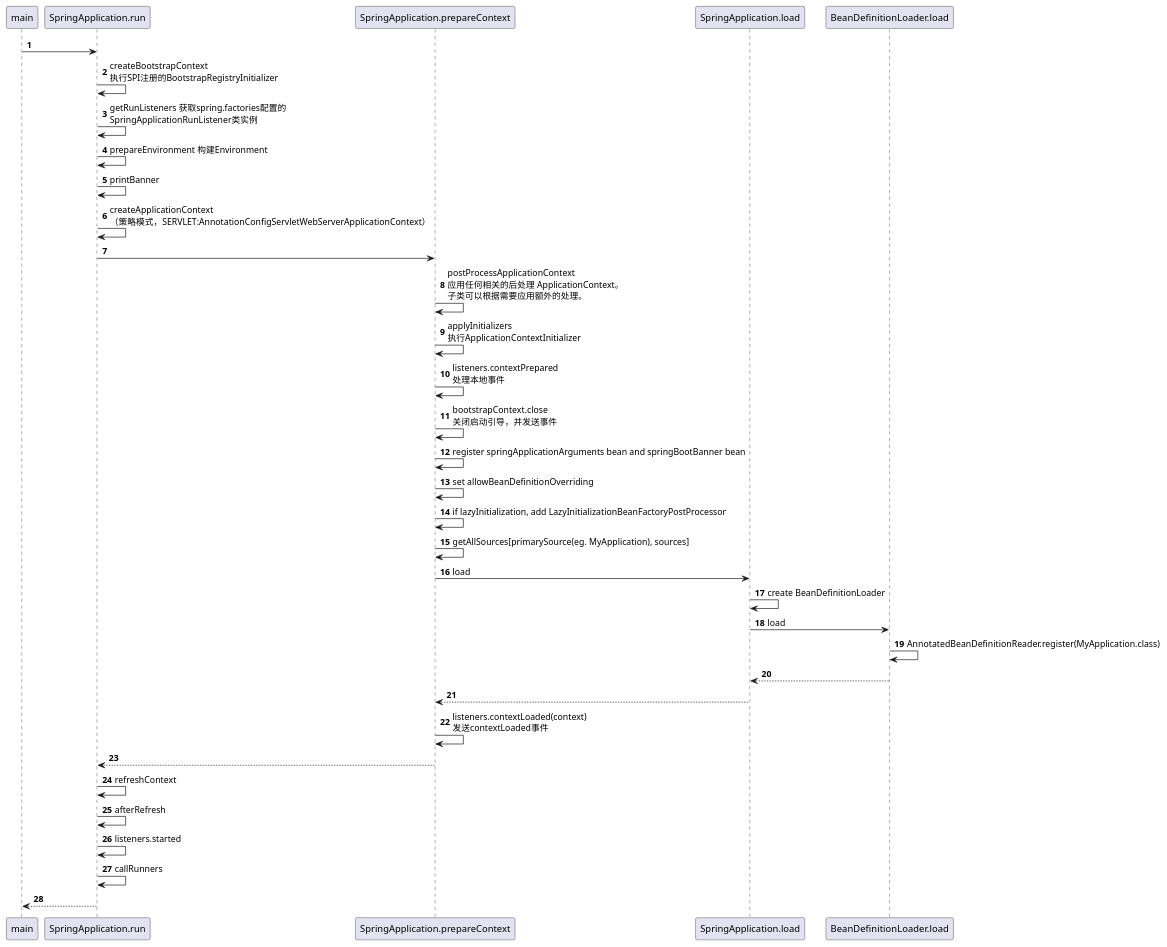
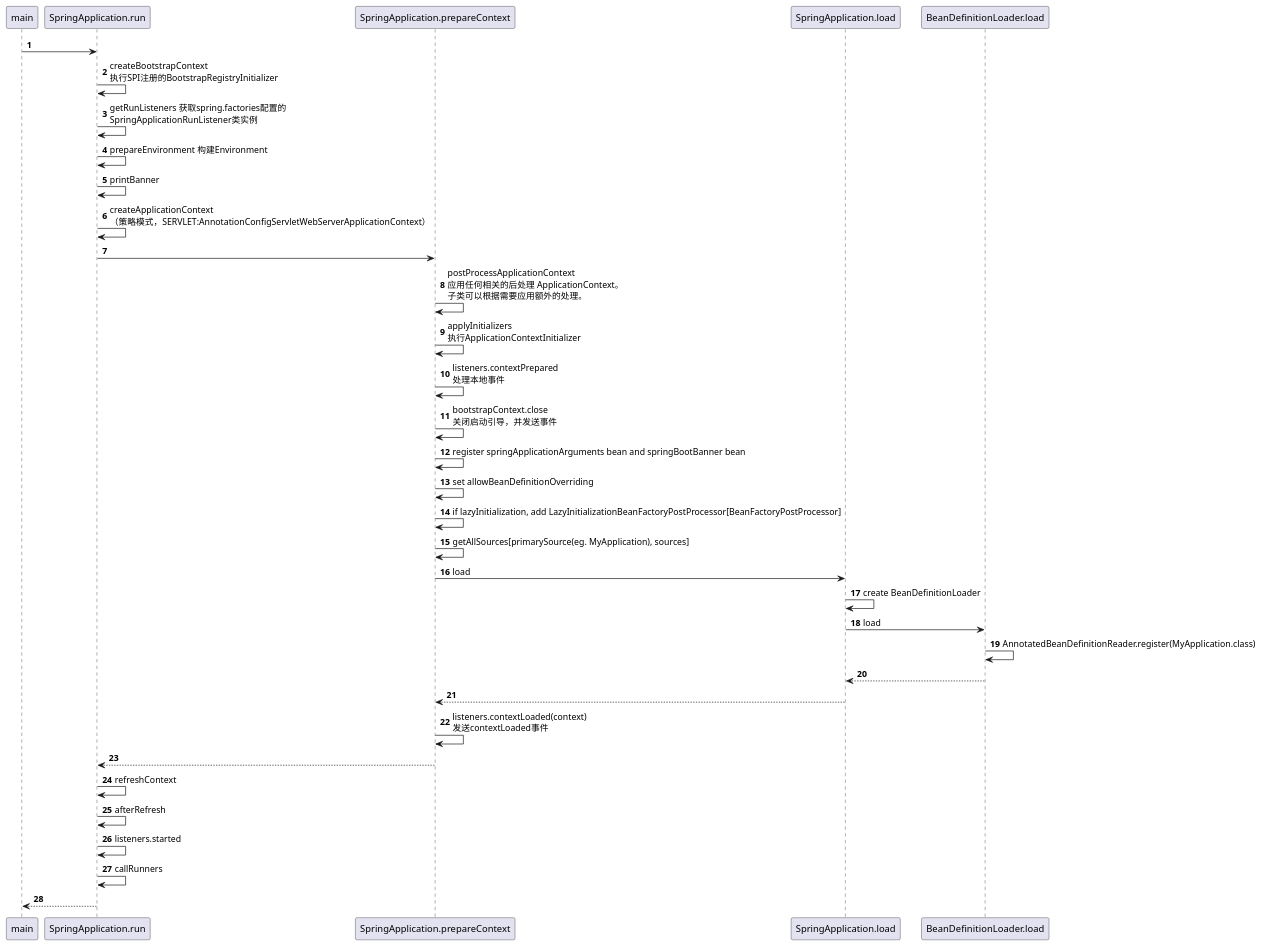
The diagram in design/spring/Starter 2 Prepare Application Context.puml (walklown/daily-code), drawn with PlantUML before and after one commit. The commit also changed 10 other files, not shown here.

Commit message:
增加BeanFactoryPostProcessor处理

```diff
--- a/design/spring/Starter 2 Prepare Application Context.puml
+++ b/design/spring/Starter 2 Prepare Application Context.puml
@@ -1,35 +1,35 @@
 @startuml
 'https://plantuml.com/sequence-diagram
 
 autonumber
 
 main -> SpringApplication.run
 SpringApplication.run -> SpringApplication.run : createBootstrapContext\n执行SPI注册的BootstrapRegistryInitializer
 SpringApplication.run -> SpringApplication.run : getRunListeners 获取spring.factories配置的\nSpringApplicationRunListener类实例
 SpringApplication.run -> SpringApplication.run : prepareEnvironment 构建Environment
 SpringApplication.run -> SpringApplication.run : printBanner
 SpringApplication.run -> SpringApplication.run : createApplicationContext\n（策略模式，SERVLET:AnnotationConfigServletWebServerApplicationContext）
 SpringApplication.run -> SpringApplication.prepareContext
 SpringApplication.prepareContext -> SpringApplication.prepareContext : postProcessApplicationContext\n应用任何相关的后处理 ApplicationContext。 \n子类可以根据需要应用额外的处理。
 SpringApplication.prepareContext -> SpringApplication.prepareContext : applyInitializers\n执行ApplicationContextInitializer
 SpringApplication.prepareContext -> SpringApplication.prepareContext : listeners.contextPrepared\n处理本地事件
 SpringApplication.prepareContext -> SpringApplication.prepareContext : bootstrapContext.close\n关闭启动引导，并发送事件
 SpringApplication.prepareContext -> SpringApplication.prepareContext : register springApplicationArguments bean and springBootBanner bean
 SpringApplication.prepareContext -> SpringApplication.prepareContext : set allowBeanDefinitionOverriding
-SpringApplication.prepareContext -> SpringApplication.prepareContext : if lazyInitialization, add LazyInitializationBeanFactoryPostProcessor
+SpringApplication.prepareContext -> SpringApplication.prepareContext : if lazyInitialization, add LazyInitializationBeanFactoryPostProcessor[BeanFactoryPostProcessor]
 SpringApplication.prepareContext -> SpringApplication.prepareContext : getAllSources[primarySource(eg. MyApplication), sources]
 SpringApplication.prepareContext -> SpringApplication.load : load
 SpringApplication.load -> SpringApplication.load : create BeanDefinitionLoader
 SpringApplication.load -> BeanDefinitionLoader.load : load
 BeanDefinitionLoader.load -> BeanDefinitionLoader.load : AnnotatedBeanDefinitionReader.register(MyApplication.class)
 BeanDefinitionLoader.load --> SpringApplication.load
 SpringApplication.load --> SpringApplication.prepareContext
 SpringApplication.prepareContext -> SpringApplication.prepareContext : listeners.contextLoaded(context)\n发送contextLoaded事件
 SpringApplication.prepareContext --> SpringApplication.run
 SpringApplication.run -> SpringApplication.run : refreshContext
 SpringApplication.run -> SpringApplication.run : afterRefresh
 SpringApplication.run -> SpringApplication.run : listeners.started
 SpringApplication.run -> SpringApplication.run : callRunners
 SpringApplication.run --> main
 
 @enduml
```
